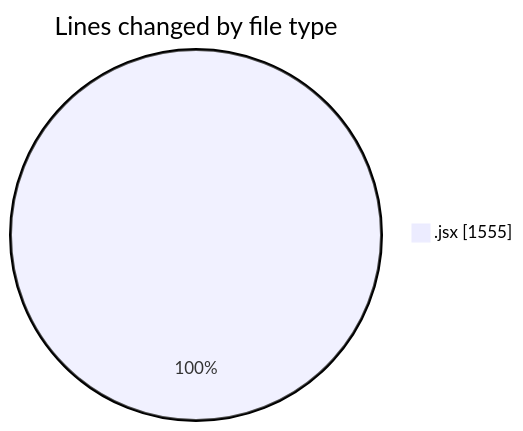
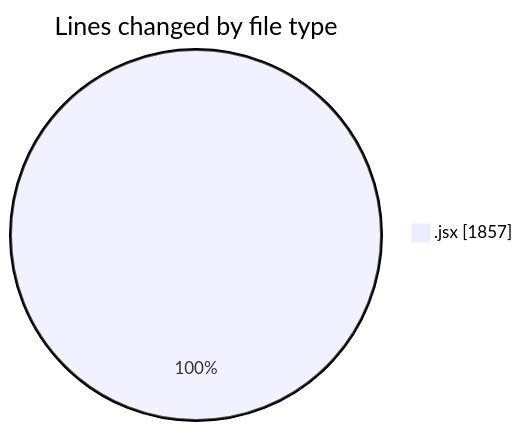
The first of 2 diagrams in 2025-12-24/nxtqube_webapp/README.md (nxtqubesakshisongat/code-tracking), drawn with Mermaid before and after one commit. The commit also changed other lines of this file and 1 other file, not shown here.

````diff
--- a/2025-12-24/nxtqube_webapp/README.md
+++ b/2025-12-24/nxtqube_webapp/README.md
@@ -20,5 +20,5 @@
 ```mermaid
 pie showData
 title Lines changed by file type
-".jsx" : 1555
+".jsx" : 1857
 ```
````
